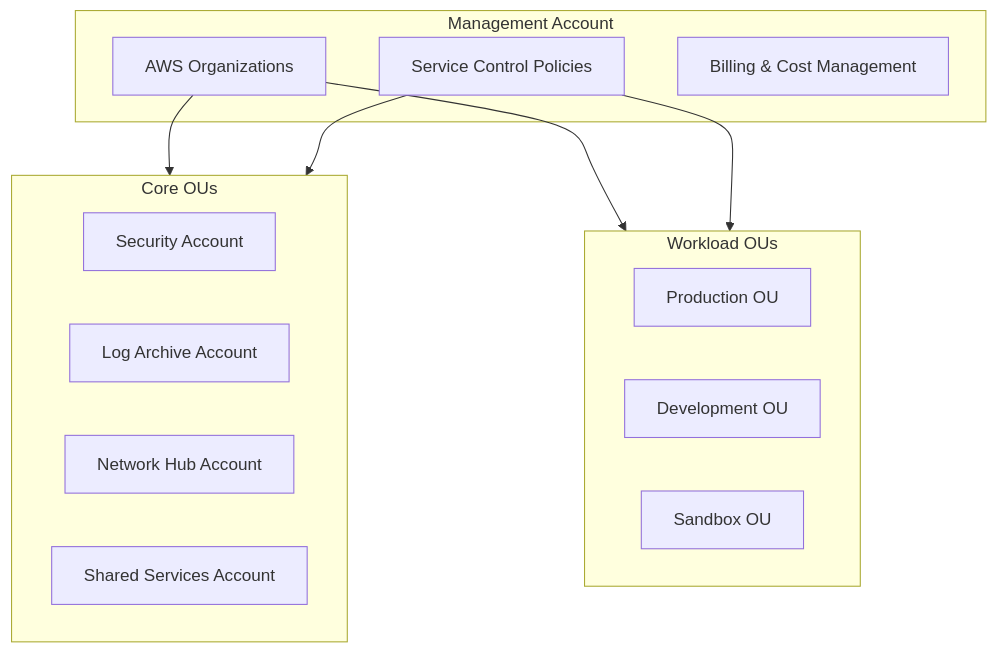
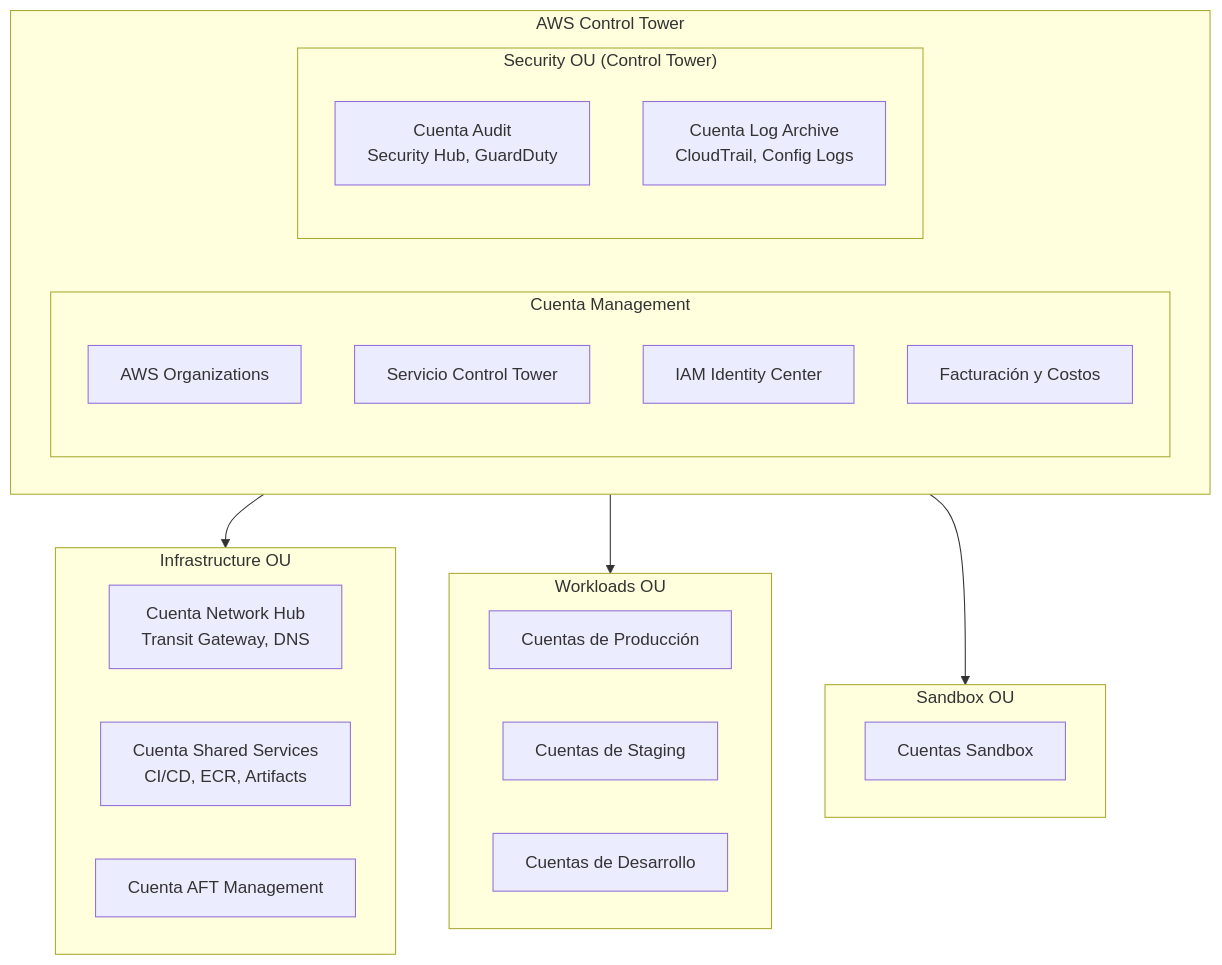
The first of 2 diagrams in docs/i18n/es/docusaurus-plugin-content-docs/current/architecture/overview.md (clopca/aws-landing-zone-template), drawn with Mermaid before and after one commit. The commit also changed other lines of this file and 19 other files, not shown here.

First line of the commit message:
feat: integrate AWS Control Tower as foundation

````diff
--- a/docs/i18n/es/docusaurus-plugin-content-docs/current/architecture/overview.md
+++ b/docs/i18n/es/docusaurus-plugin-content-docs/current/architecture/overview.md
@@ -19,26 +34,36 @@
 ```mermaid
 graph TB
-    subgraph Management["Management Account"]
-        ORG[AWS Organizations]
-        SCPs[Service Control Policies]
-        BILLING[Billing & Cost Management]
+    subgraph CT["AWS Control Tower"]
+        subgraph Management["Cuenta Management"]
+            ORG[AWS Organizations]
+            CT_SVC[Servicio Control Tower]
+            SSO[IAM Identity Center]
+            BILLING[Facturación y Costos]
+        end
+        
+        subgraph CoreOU["Security OU (Control Tower)"]
+            AUDIT[Cuenta Audit<br/>Security Hub, GuardDuty]
+            LOG[Cuenta Log Archive<br/>CloudTrail, Config Logs]
+        end
     end
     
-    subgraph Core["Core OUs"]
-        SEC[Security Account]
-        LOG[Log Archive Account]
-        NET[Network Hub Account]
-        SHARED[Shared Services Account]
+    subgraph InfraOU["Infrastructure OU"]
+        NET[Cuenta Network Hub<br/>Transit Gateway, DNS]
+        SHARED[Cuenta Shared Services<br/>CI/CD, ECR, Artifacts]
+        AFT_MGMT[Cuenta AFT Management]
     end
     
-    subgraph Workloads["Workload OUs"]
-        PROD[Production OU]
-        DEV[Development OU]
-        SANDBOX[Sandbox OU]
+    subgraph WorkloadOU["Workloads OU"]
+        PROD[Cuentas de Producción]
+        STAGING[Cuentas de Staging]
+        DEV[Cuentas de Desarrollo]
     end
     
-    ORG --> Core
-    ORG --> Workloads
-    SCPs --> Core
-    SCPs --> Workloads
+    subgraph SandboxOU["Sandbox OU"]
+        SANDBOX[Cuentas Sandbox]
+    end
+    
+    CT --> InfraOU
+    CT --> WorkloadOU
+    CT --> SandboxOU
 ```
````
